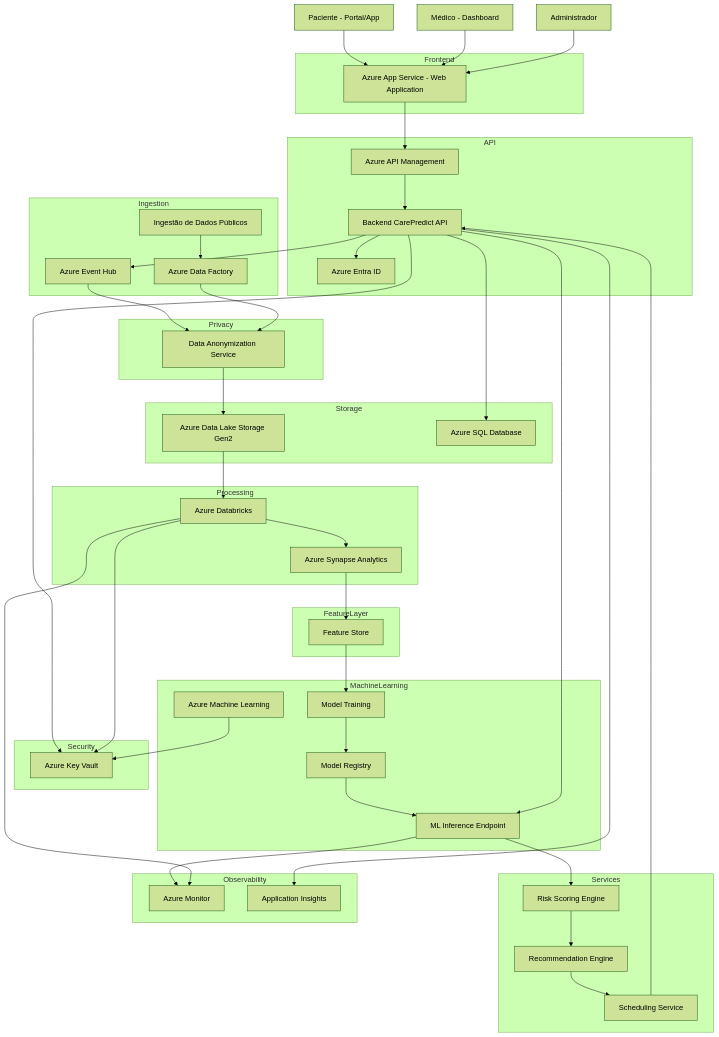
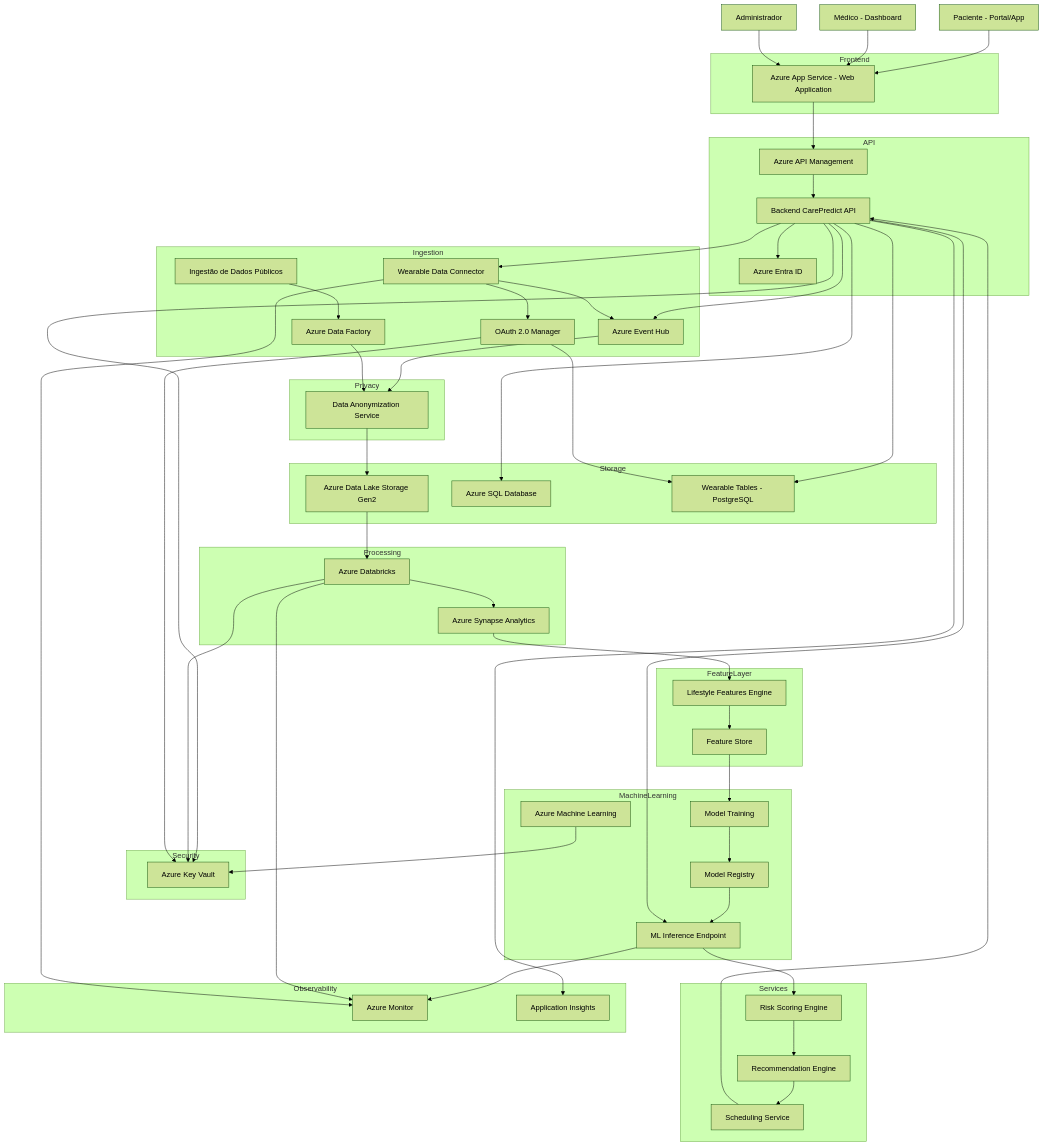
One commit to ccps1-care-predict/care-plus-ccps1 changed the first of 2 diagrams in ARQUITERUA CLOUD.md. Above: the diagram before and after it, drawn with Mermaid (forest theme). The commit also changed other lines of this file and 11 other files, not shown here.

`````diff
--- a/ARQUITERUA CLOUD.md
+++ b/ARQUITERUA CLOUD.md
@@ -55,6 +59,8 @@
 EventHub[Azure Event Hub]
 DataFactory[Azure Data Factory]
 PublicData[Ingestão de Dados Públicos]
+WearableConn[Wearable Data Connector]
+WearableOAuth[OAuth 2.0 Manager]
 
 end
 
@@ -72,6 +78,7 @@
 
 DataLake[Azure Data Lake Storage Gen2]
 SQLDB[Azure SQL Database]
+WearableDB[Wearable Tables - PostgreSQL]
 
 end
 
@@ -89,6 +96,7 @@
 subgraph FeatureLayer
 
 FeatureStore[Feature Store]
+LifestyleFeatures[Lifestyle Features Engine]
 
 end
 
@@ -139,14 +147,23 @@
 Backend --> KeyVault
 Databricks --> KeyVault
 MLWorkspace --> KeyVault
+WearableOAuth --> KeyVault
 
 %% DATA FLOW
 
 Backend --> SQLDB
+Backend --> WearableDB
 
 %% EVENT STREAM
 
 Backend --> EventHub
+
+%% WEARABLE INGESTION
+
+Backend --> WearableConn
+WearableConn --> WearableOAuth
+WearableOAuth --> WearableDB
+WearableConn --> EventHub
 
 %% DATA INGESTION
 
@@ -163,7 +180,8 @@
 
 %% FEATURE ENGINEERING
 
-Synapse --> FeatureStore
+Synapse --> LifestyleFeatures
+LifestyleFeatures --> FeatureStore
 
 %% MACHINE LEARNING
 
@@ -186,4 +204,5 @@
 Backend --> AppInsights
 Inference --> Monitor
 Databricks --> Monitor
+WearableConn --> Monitor
 ````
`````
